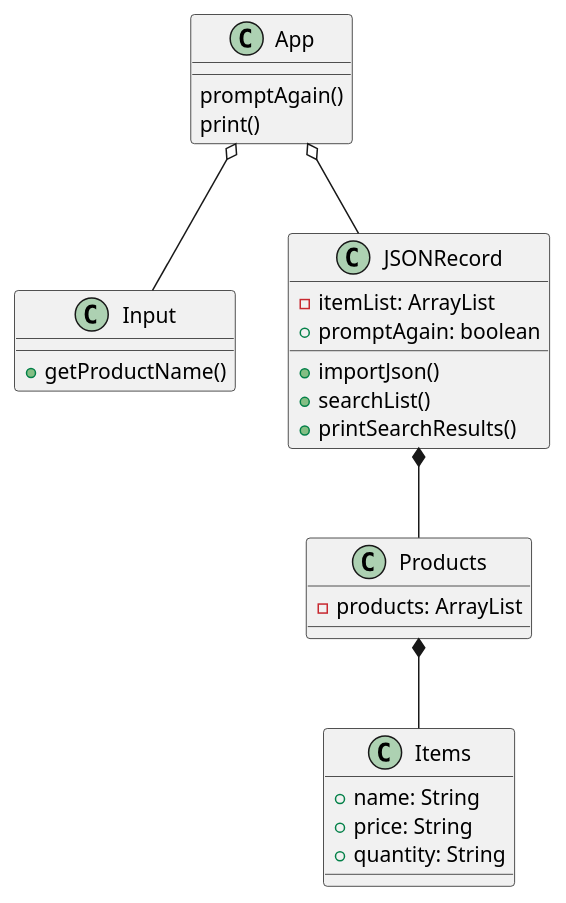
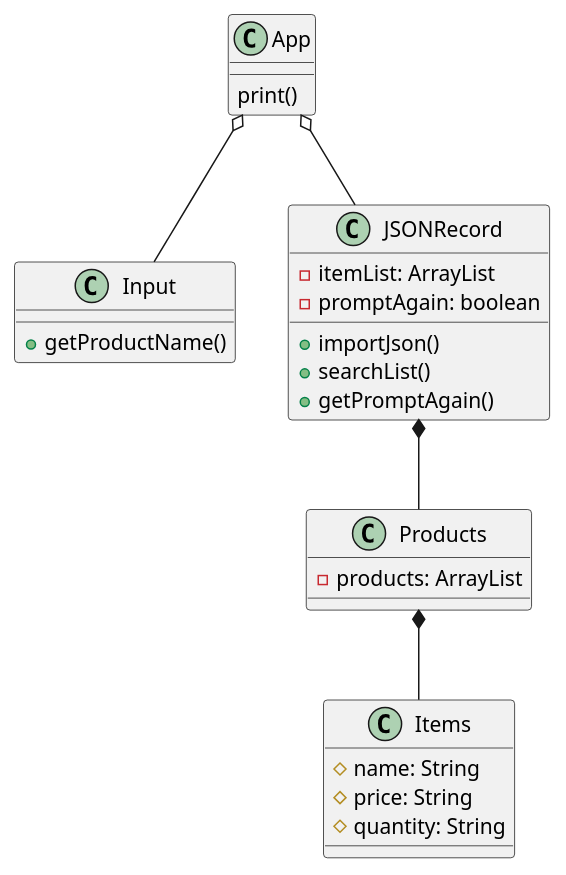
Before and after one commit to kingraham228/Ingraham-cop3330-assignment3: the diagram in src/main/java/ex44/ProductSearch.puml, drawn with PlantUML. The commit also changed 3 other files, not shown here.

```diff
--- a/src/main/java/ex44/ProductSearch.puml
+++ b/src/main/java/ex44/ProductSearch.puml
@@ -1,35 +1,34 @@
 @startuml
 class App{
-promptAgain()
 print()
 }
 
 class Input{
 +getProductName()
 }
 
 class Products{
 -products: ArrayList
 
 }
 
 class Items{
-+name: String
-+price: String
-+quantity: String
+#name: String
+#price: String
+#quantity: String
 }
 
 class JSONRecord{
 -itemList: ArrayList
-+promptAgain: boolean
+-promptAgain: boolean
 +importJson()
 +searchList()
-+printSearchResults()
++getPromptAgain()
 }
 
 App o-- Input
 App o-- JSONRecord
 JSONRecord *-- Products
 Products *-- Items
 
 @enduml
```
